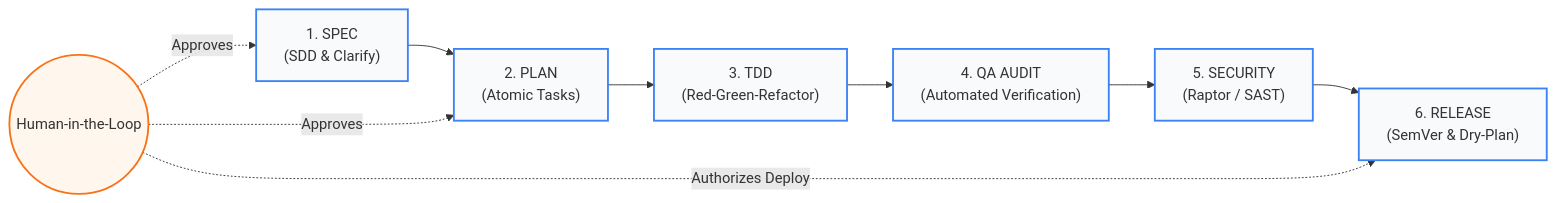
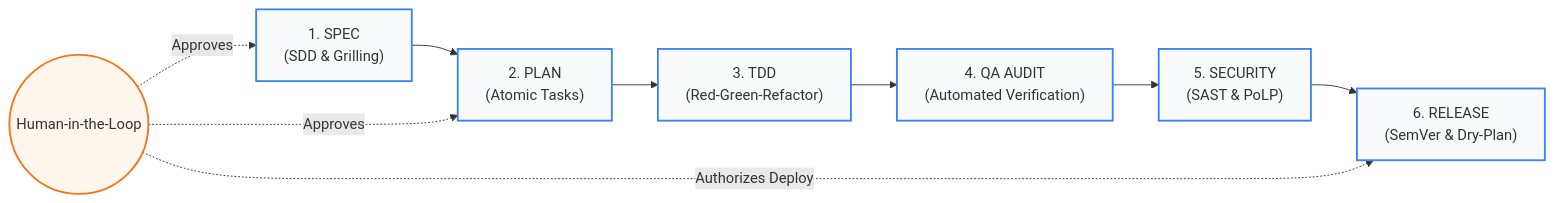
The first of 4 diagrams in README.md (jmblanco/agentic-engineering-framework), drawn with Mermaid before and after one commit. The commit also changed other lines of this file and 8 other files, not shown here.

````diff
--- a/README.md
+++ b/README.md
@@ -34,17 +34,17 @@
 ```mermaid
 flowchart LR
-    Phase1["1. SPEC<br/>(SDD & Clarify)"] --> Phase2["2. PLAN<br/>(Atomic Tasks)"]
+    Phase1["1. SPEC<br/>(SDD & Grilling)"] --> Phase2["2. PLAN<br/>(Atomic Tasks)"]
     Phase2 --> Phase3["3. TDD<br/>(Red-Green-Refactor)"]
     Phase3 --> Phase4["4. QA AUDIT<br/>(Automated Verification)"]
-    Phase4 --> Phase5["5. SECURITY<br/>(Raptor / SAST)"]
+    Phase4 --> Phase5["5. SECURITY<br/>(SAST & PoLP)"]
     Phase5 --> Phase6["6. RELEASE<br/>(SemVer & Dry-Plan)"]
     
     Human((Human-in-the-Loop)) -.->|"Approves"| Phase1
     Human -.->|"Approves"| Phase2
     Human -.->|"Authorizes Deploy"| Phase6
 
     classDef stage fill:#f8fafc,stroke:#3b82f6,stroke-width:2px;
     classDef human fill:#fff7ed,stroke:#f97316,stroke-width:2px;
     class Phase1,Phase2,Phase3,Phase4,Phase5,Phase6 stage;
     class Human human;
 ```
````
